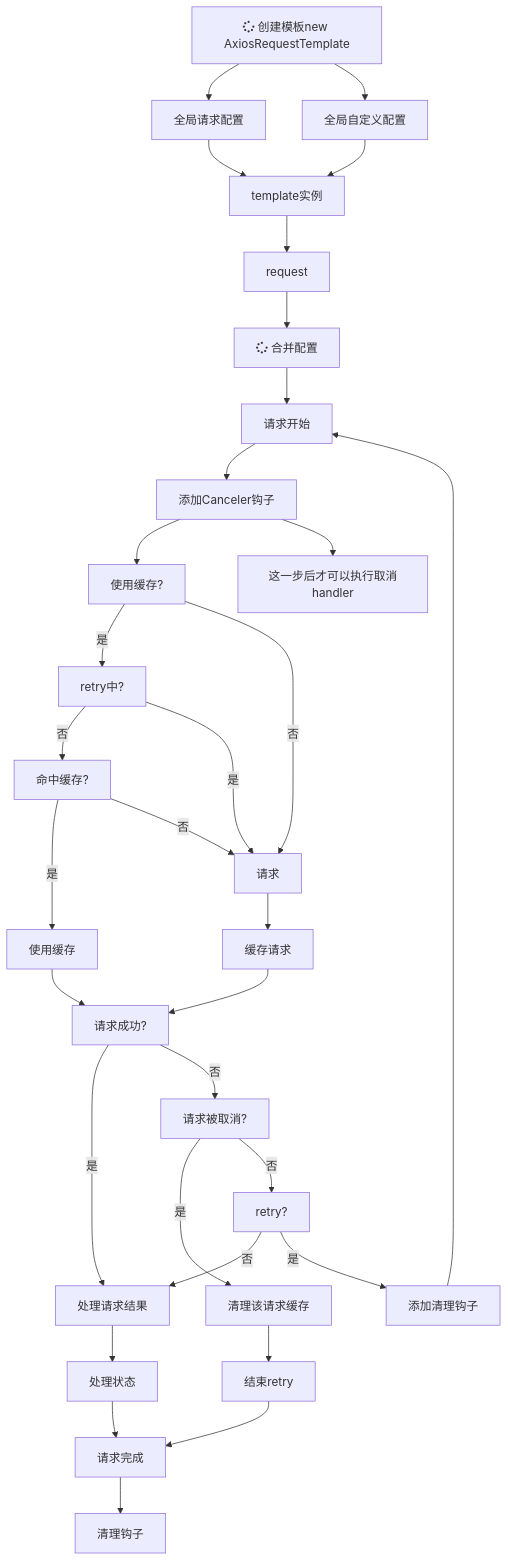
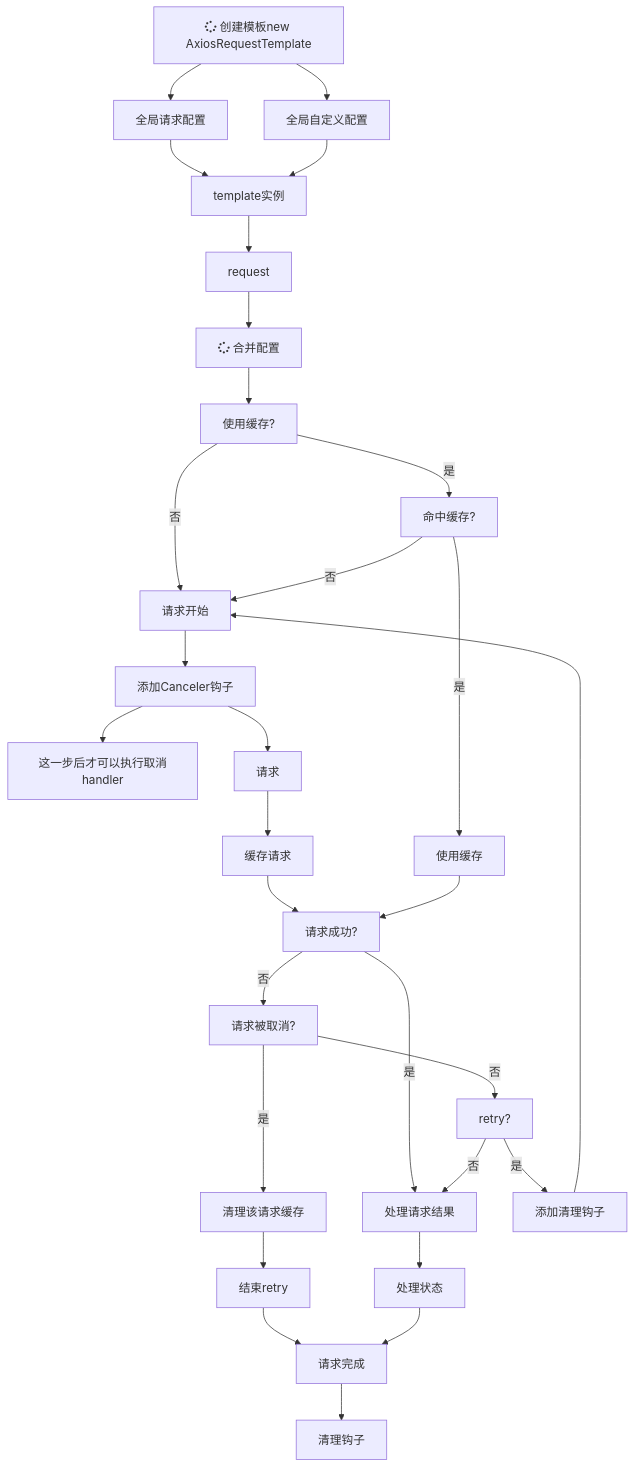
The diagram in README.md (mengxinssfd/request-template), drawn with Mermaid before and after one commit. The commit also changed other lines of this file, not shown here.

````diff
--- a/README.md
+++ b/README.md
@@ -65,45 +65,42 @@
 ```mermaid
 flowchart
 MergeConfig[fa:fa-spinner 合并配置]
 CreateTemplate[fa:fa-spinner 创建模板new AxiosRequestTemplate]
 GlobalRequestConfig[全局请求配置]
 GlobalCustomConfig[全局自定义配置]
 
 
 CreateTemplate --> GlobalRequestConfig --> template实例
 CreateTemplate --> GlobalCustomConfig --> template实例
 
 
 template实例 --> request
 
 
-request --> MergeConfig --> 请求开始 --> 添加Canceler钩子 --> 使用缓存?
+request --> MergeConfig --> 使用缓存?
 
 添加Canceler钩子 --> 这一步后才可以执行取消handler
 
-使用缓存? --> |是| retry中?
-retry中? --> |否| 命中缓存?
-retry中? --> |是| 请求
+使用缓存? --> |否| 请求开始 --> 添加Canceler钩子  --> 请求 -->  缓存请求  --> 请求成功?
 
+使用缓存? --> |是| 命中缓存?
 
 命中缓存?  --> |是| 使用缓存 --> 请求成功?
-命中缓存?  --> |否| 请求
-
-使用缓存? --> |否| 请求 -->  缓存请求  --> 请求成功?
+命中缓存?  --> |否| 请求开始
 
 
 请求成功? --> |是| 处理请求结果
 请求成功? --> |否| 请求被取消? --> |是| 清理该请求缓存 --> 结束retry --> 请求完成
 请求被取消? --> |否| retry?
 
 retry? --> |否| 处理请求结果
 retry? --> |是| 添加清理钩子 --> 请求开始
 
 
 处理请求结果 --> 处理状态 --> 请求完成 --> 清理钩子
 
 
 
 
 
 ```
````
